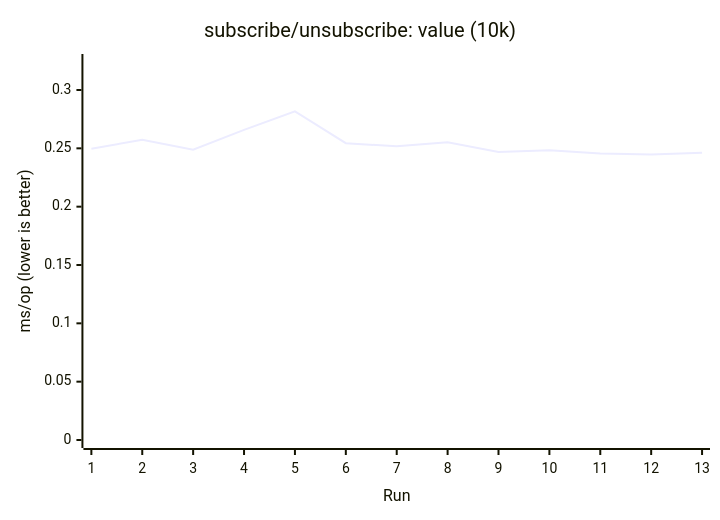
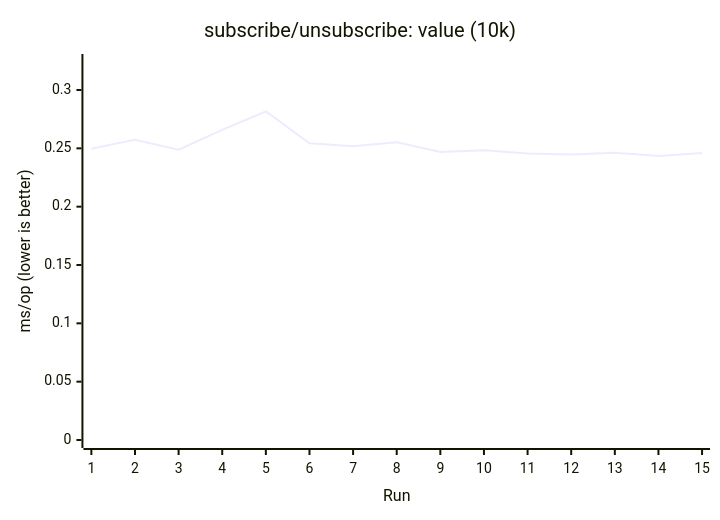
Before and after one commit to AIluffy/io: diagram 15 of 17 in apps/docs/src/content/docs/en/guides/benchmark.mdx, drawn with Mermaid. The commit also changed other lines of this file and 7 other files, not shown here.

````diff
--- a/apps/docs/src/content/docs/en/guides/benchmark.mdx
+++ b/apps/docs/src/content/docs/en/guides/benchmark.mdx
@@ -369,7 +385,7 @@
 ```mermaid
 xychart-beta
   title "subscribe/unsubscribe: value (10k)"
-  x-axis "Run" [1, 2, 3, 4, 5, 6, 7, 8, 9, 10, 11, 12, 13]
+  x-axis "Run" [1, 2, 3, 4, 5, 6, 7, 8, 9, 10, 11, 12, 13, 14, 15]
   y-axis "ms/op (lower is better)" 0 --> 0.324
-  line [0.2496, 0.2574, 0.2488, 0.2658, 0.2817, 0.2544, 0.2517, 0.2553, 0.2469, 0.2484, 0.2455, 0.2448, 0.2463]
+  line [0.2496, 0.2574, 0.2488, 0.2658, 0.2817, 0.2544, 0.2517, 0.2553, 0.2469, 0.2484, 0.2455, 0.2448, 0.2463, 0.2435, 0.246]
 ```
````
